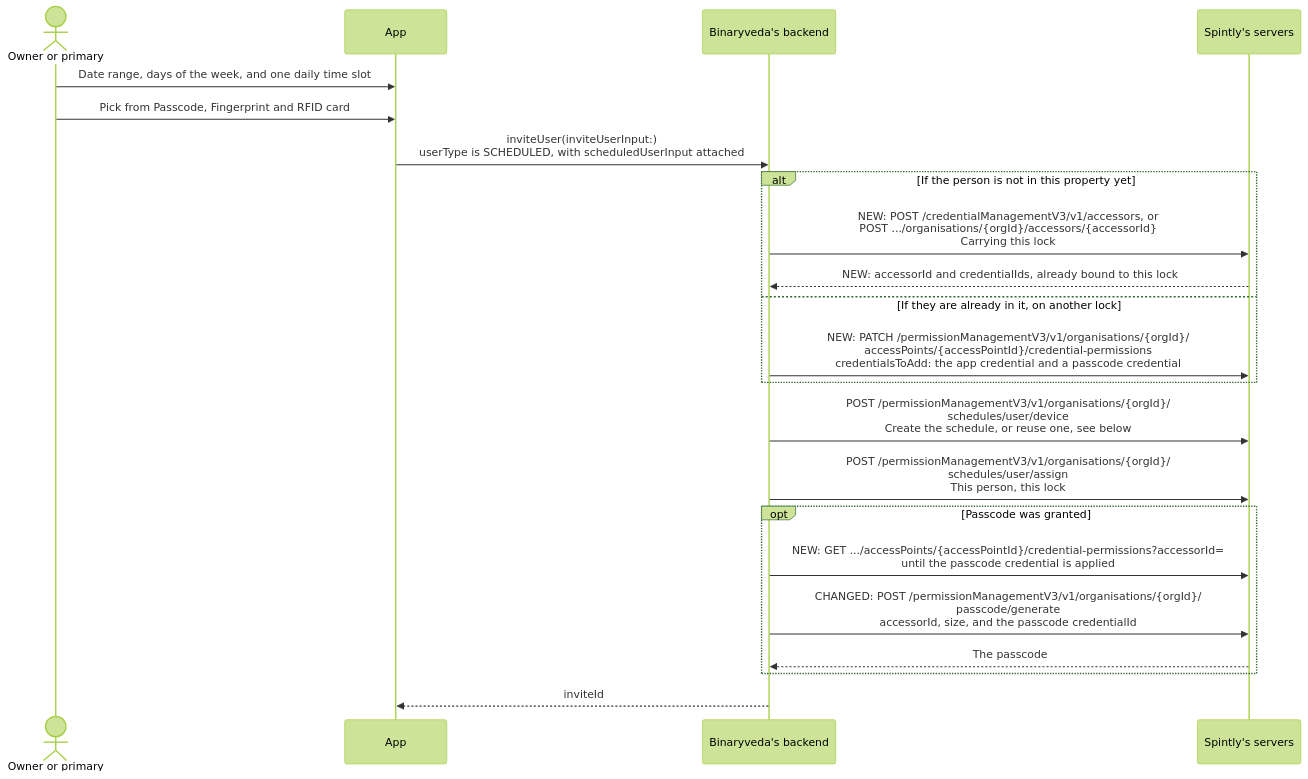
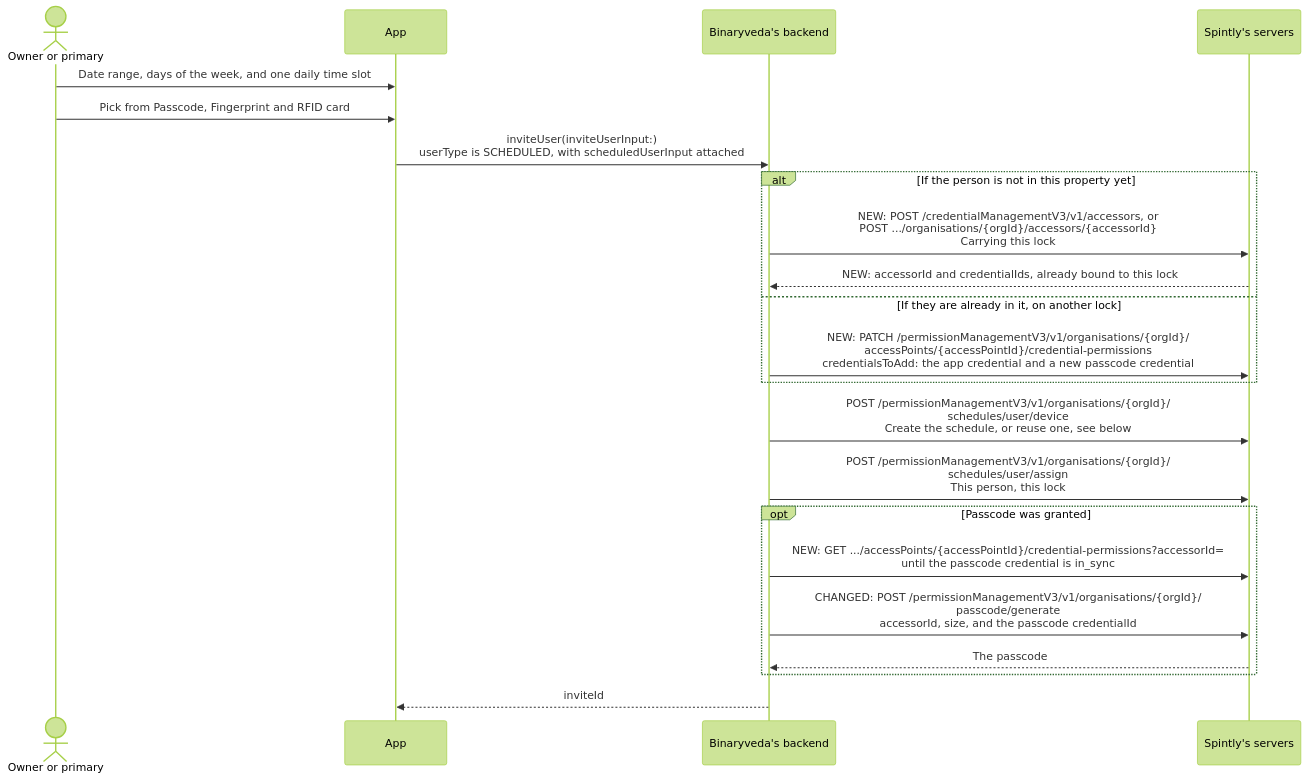
The fourth of 10 diagrams in docs/user-management.md (spintly-integrations-support/godrej-software-guide), drawn with Mermaid (forest theme) before and after one commit. The commit also changed other lines of this file and 5 other files, not shown here.

Commit message:
Fresh passcode credential per lock; passcodes never copied between locks

````diff
--- a/docs/user-management.md
+++ b/docs/user-management.md
@@ -137,25 +137,25 @@
 ```mermaid
 sequenceDiagram
     actor O as Owner or primary
     participant A as App
     participant B as Binaryveda's backend
     participant S as Spintly's servers
 
     O->>A: Date range, days of the week, and one daily time slot
     O->>A: Pick from Passcode, Fingerprint and RFID card
     A->>B: inviteUser(inviteUserInput:)<br/>userType is SCHEDULED, with scheduledUserInput attached
     alt If the person is not in this property yet
         B->>S: NEW: POST /credentialManagementV3/v1/accessors, or<br/>POST .../organisations/{orgId}/accessors/{accessorId}<br/>Carrying this lock
         S-->>B: NEW: accessorId and credentialIds, already bound to this lock
     else If they are already in it, on another lock
-        B->>S: NEW: PATCH /permissionManagementV3/v1/organisations/{orgId}/<br/>accessPoints/{accessPointId}/credential-permissions<br/>credentialsToAdd: the app credential and a passcode credential
+        B->>S: NEW: PATCH /permissionManagementV3/v1/organisations/{orgId}/<br/>accessPoints/{accessPointId}/credential-permissions<br/>credentialsToAdd: the app credential and a new passcode credential
     end
     B->>S: POST /permissionManagementV3/v1/organisations/{orgId}/<br/>schedules/user/device<br/>Create the schedule, or reuse one, see below
     B->>S: POST /permissionManagementV3/v1/organisations/{orgId}/<br/>schedules/user/assign<br/>This person, this lock
     opt Passcode was granted
-        B->>S: NEW: GET .../accessPoints/{accessPointId}/credential-permissions?accessorId=<br/>until the passcode credential is applied
+        B->>S: NEW: GET .../accessPoints/{accessPointId}/credential-permissions?accessorId=<br/>until the passcode credential is in_sync
         B->>S: CHANGED: POST /permissionManagementV3/v1/organisations/{orgId}/<br/>passcode/generate<br/>accessorId, size, and the passcode credentialId
         S-->>B: The passcode
     end
     B-->>A: inviteId
 ```
````
